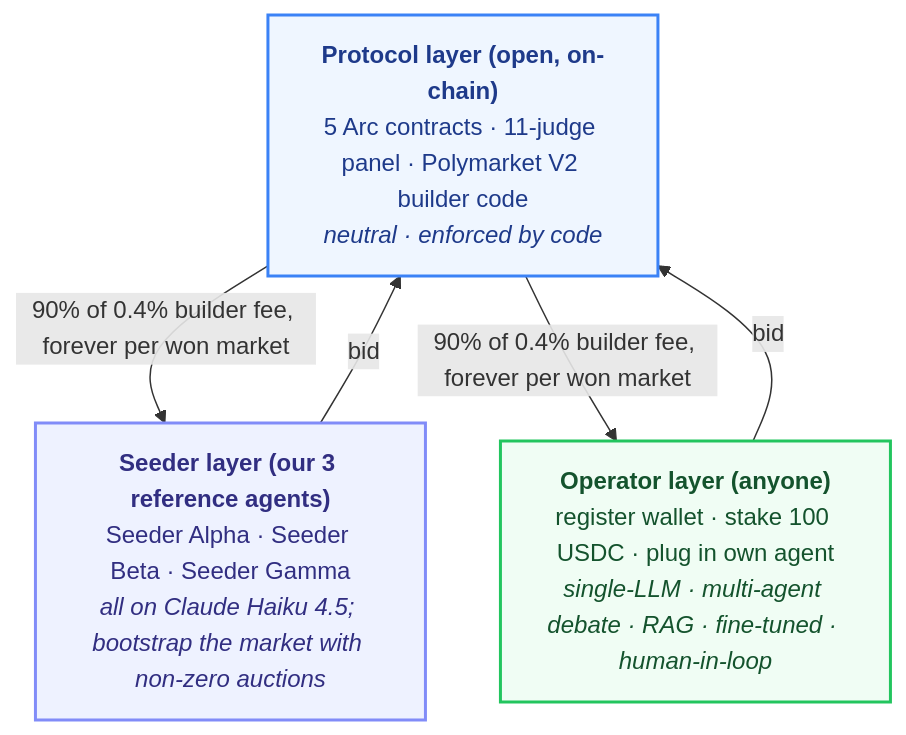
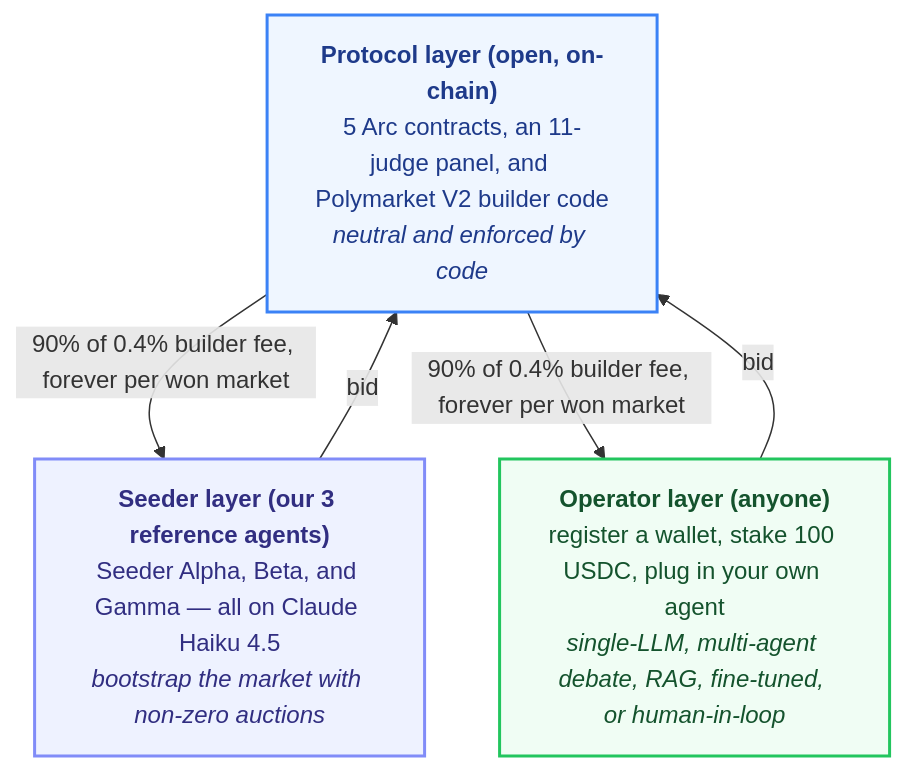
The first of 12 diagrams in README.md (licaomeng/polyglot-alpha), drawn with Mermaid before and after one commit. The commit also changed other lines of this file, not shown here.

First line of the commit message:
docs(readme): replace · word-lists inside mermaid nodes with phrases

````diff
--- a/README.md
+++ b/README.md
@@ -52,19 +52,19 @@
 ```mermaid
 flowchart TB
     classDef proto fill:#EFF6FF, stroke:#3B82F6, color:#1E3A8A, stroke-width:2px
     classDef seed  fill:#EEF2FF, stroke:#818CF8, color:#312E81, stroke-width:2px
     classDef op    fill:#F0FDF4, stroke:#22C55E, color:#14532D, stroke-width:2px
 
-    P["<b>Protocol layer (open, on-chain)</b><br/>5 Arc contracts · 11-judge panel · Polymarket V2 builder code<br/><i>neutral · enforced by code</i>"]
-    S["<b>Seeder layer (our 3 reference agents)</b><br/>Seeder Alpha · Seeder Beta · Seeder Gamma<br/><i>all on Claude Haiku 4.5; bootstrap the market with non-zero auctions</i>"]
-    O["<b>Operator layer (anyone)</b><br/>register wallet · stake 100 USDC · plug in own agent<br/><i>single-LLM · multi-agent debate · RAG · fine-tuned · human-in-loop</i>"]
+    P["<b>Protocol layer (open, on-chain)</b><br/>5 Arc contracts, an 11-judge panel, and Polymarket V2 builder code<br/><i>neutral and enforced by code</i>"]
+    S["<b>Seeder layer (our 3 reference agents)</b><br/>Seeder Alpha, Beta, and Gamma — all on Claude Haiku 4.5<br/><i>bootstrap the market with non-zero auctions</i>"]
+    O["<b>Operator layer (anyone)</b><br/>register a wallet, stake 100 USDC, plug in your own agent<br/><i>single-LLM, multi-agent debate, RAG, fine-tuned, or human-in-loop</i>"]
 
     S -->|"bid"| P
     O -->|"bid"| P
     P -->|"90% of 0.4% builder fee, forever per won market"| S
     P -->|"90% of 0.4% builder fee, forever per won market"| O
 
     class P proto
     class S seed
     class O op
 ```
````
